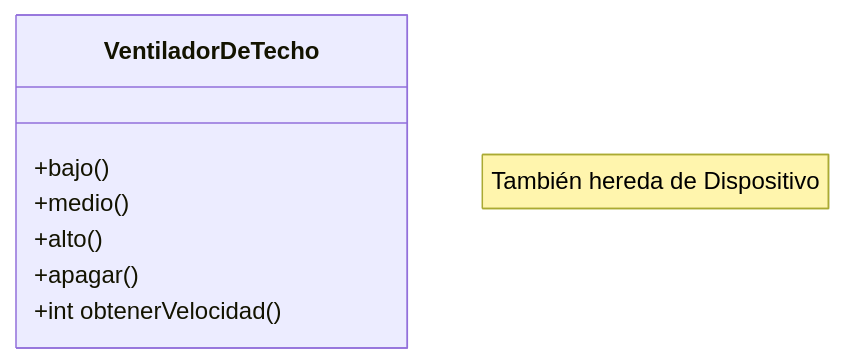
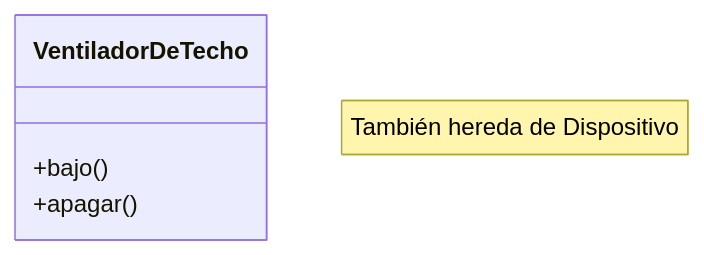
The second of 3 diagrams in README.md (grupoesfera/patrones), drawn with Mermaid before and after one commit. The commit also changed other lines of this file, not shown here.

Commit message:
Simplifo la clase VentiladorDeTecho para manejar una sola velocidad

````diff
--- a/README.md
+++ b/README.md
@@ -70,11 +70,8 @@
 ```mermaid
 classDiagram
     note "También hereda de Dispositivo"
     class VentiladorDeTecho {
         +bajo()
-        +medio()
-        +alto()
         +apagar()
-        +int obtenerVelocidad()
     }
 ```
````
